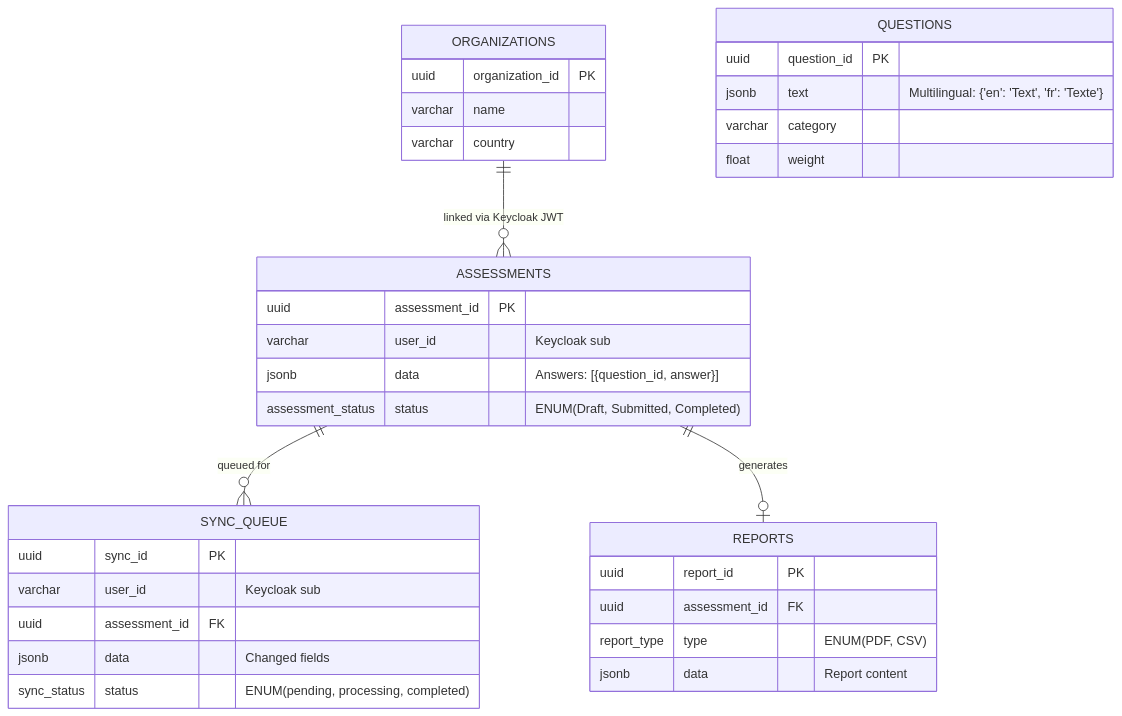
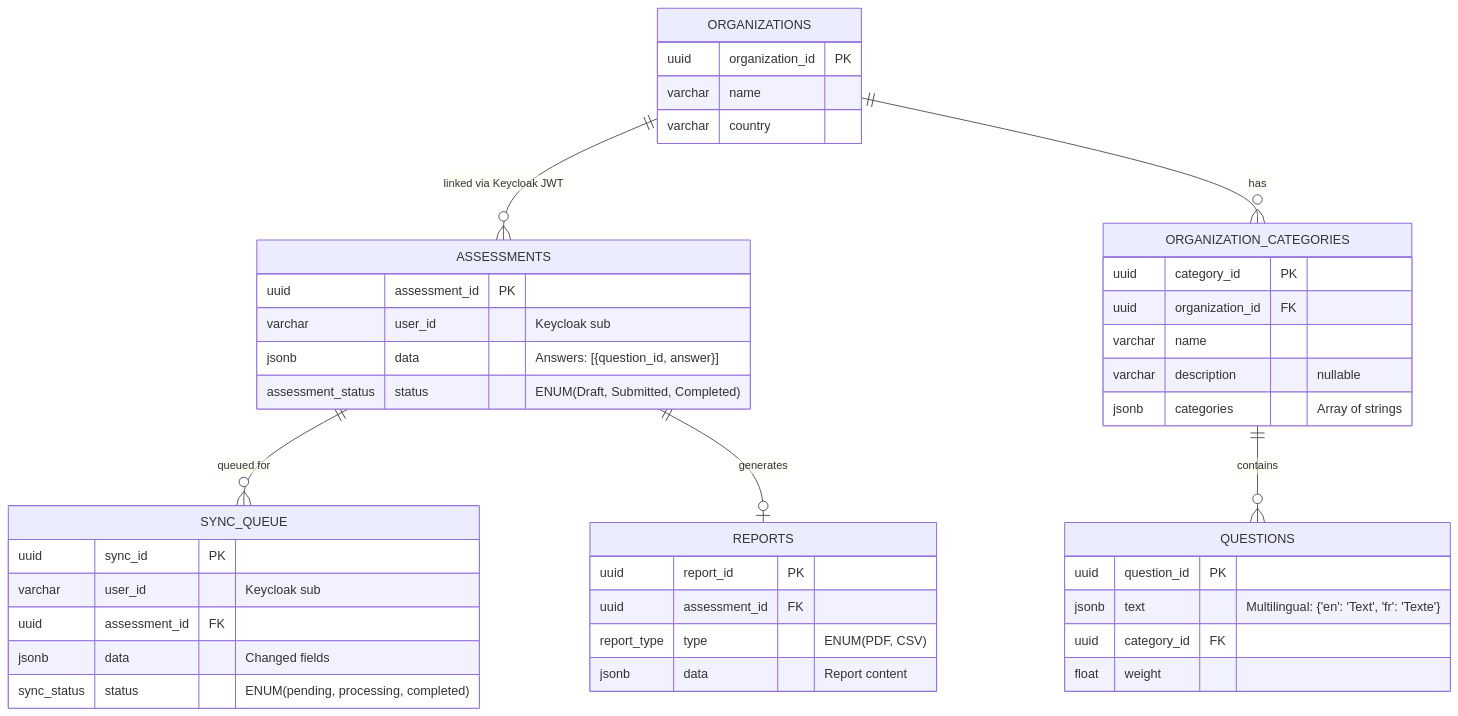
Before and after one commit to ADORSYS-GIS/DGAT-sustainability: the fifth of 5 diagrams in docs/architecture/arc42.md, drawn with Mermaid. The commit also changed other lines of this file, not shown here.

Commit message:
feat(Docs): refactor arc42

````diff
--- a/docs/architecture/arc42.md
+++ b/docs/architecture/arc42.md
@@ -297,41 +298,51 @@
 ```mermaid
 erDiagram
     ORGANIZATIONS ||--o{ ASSESSMENTS : "linked via Keycloak JWT"
+    ORGANIZATIONS ||--o{ ORGANIZATION_CATEGORIES : "has"
+    ORGANIZATION_CATEGORIES ||--o{ QUESTIONS : "contains"
     ASSESSMENTS ||--o{ SYNC_QUEUE : "queued for"
     ASSESSMENTS ||--o| REPORTS : "generates"
 
     ORGANIZATIONS {
         uuid organization_id PK
         varchar name
         varchar country
     }
 
     ASSESSMENTS {
         uuid assessment_id PK
         varchar user_id "Keycloak sub"
         jsonb data "Answers: [{question_id, answer}]"
         assessment_status status "ENUM(Draft, Submitted, Completed)"
     }
 
+    ORGANIZATION_CATEGORIES {
+        uuid category_id PK
+        uuid organization_id FK
+        varchar name
+        varchar description "nullable"
+        jsonb categories "Array of strings"
+    }
+
     QUESTIONS {
         uuid question_id PK
         jsonb text "Multilingual: {'en': 'Text', 'fr': 'Texte'}"
-        varchar category
+        uuid category_id FK
         float weight
     }
 
     SYNC_QUEUE {
         uuid sync_id PK
         varchar user_id "Keycloak sub"
         uuid assessment_id FK
         jsonb data "Changed fields"
         sync_status status "ENUM(pending, processing, completed)"
     }
 
     REPORTS {
         uuid report_id PK
         uuid assessment_id FK
         report_type type "ENUM(PDF, CSV)"
         jsonb data "Report content"
     }
 ```
````
